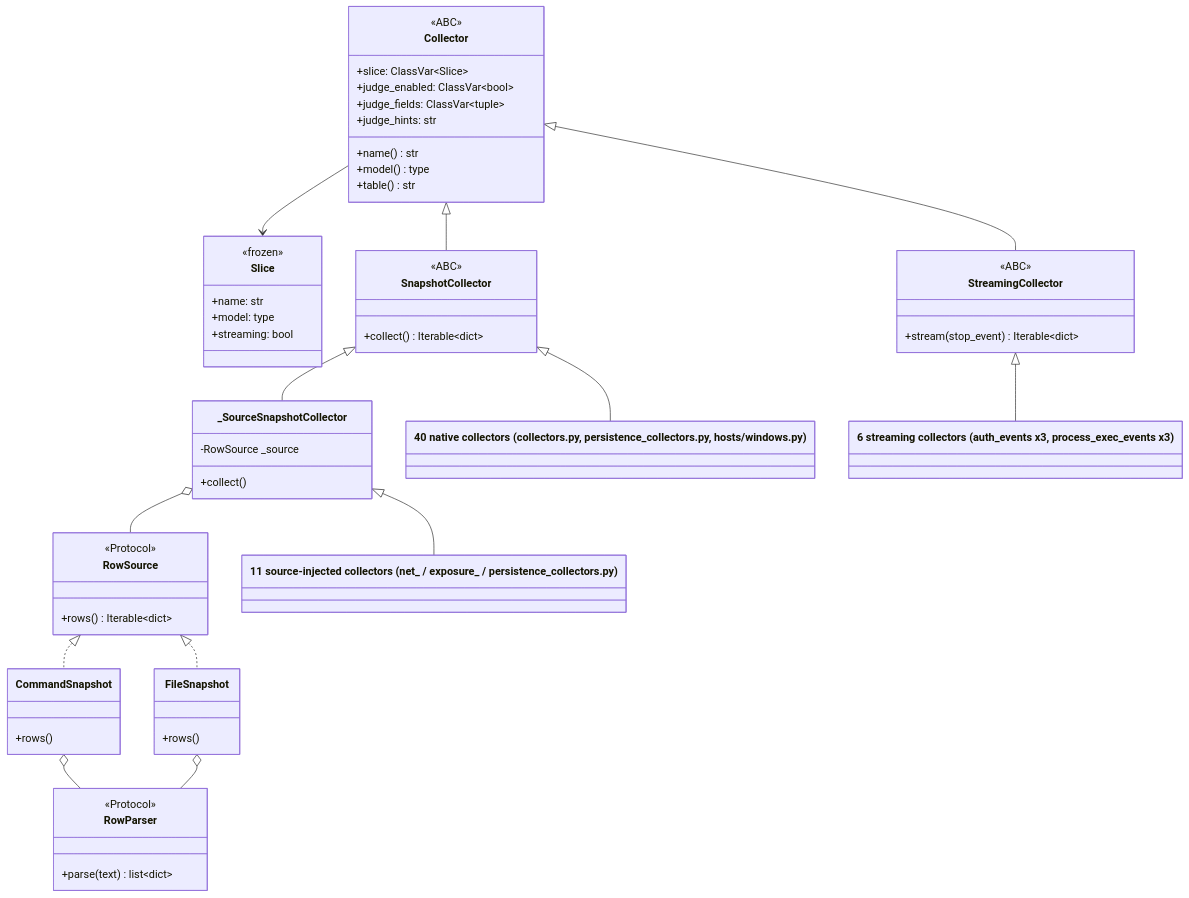
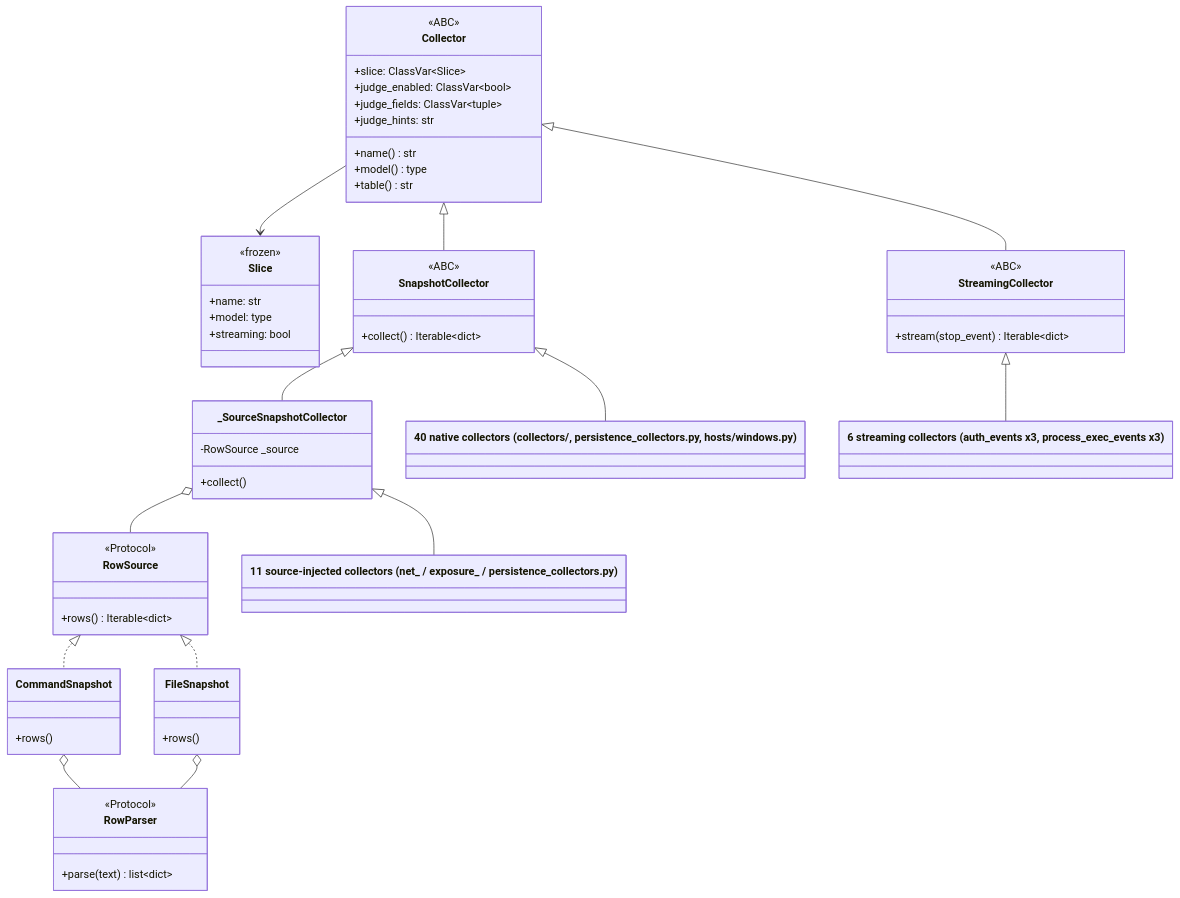
The tenth of 23 diagrams in docs/ARCHITECTURE.md (iklobato/avai), drawn with Mermaid before and after one commit. The commit also changed other lines of this file and 1 other file, not shown here.

First line of the commit message:
docs: document the collectors package and record phase 7

````diff
--- a/docs/ARCHITECTURE.md
+++ b/docs/ARCHITECTURE.md
@@ -596,61 +598,61 @@
 ```mermaid
 classDiagram
     class Collector {
         <<ABC>>
         +slice: ClassVar~Slice~
         +name() str
         +model() type
         +judge_enabled: ClassVar~bool~
         +judge_fields: ClassVar~tuple~
         +judge_hints: str
         +table() str
     }
     class Slice {
         <<frozen>>
         +name: str
         +model: type
         +streaming: bool
     }
     Collector --> Slice
     class SnapshotCollector {
         <<ABC>>
         +collect() Iterable~dict~
     }
     class StreamingCollector {
         <<ABC>>
         +stream(stop_event) Iterable~dict~
     }
     class _SourceSnapshotCollector {
         -RowSource _source
         +collect()
     }
     class RowSource {
         <<Protocol>>
         +rows() Iterable~dict~
     }
     class RowParser {
         <<Protocol>>
         +parse(text) list~dict~
     }
     class CommandSnapshot {
         +rows()
     }
     class FileSnapshot {
         +rows()
     }
     Collector <|-- SnapshotCollector
     Collector <|-- StreamingCollector
     SnapshotCollector <|-- _SourceSnapshotCollector
     _SourceSnapshotCollector o-- RowSource
     RowSource <|.. CommandSnapshot
     RowSource <|.. FileSnapshot
     CommandSnapshot o-- RowParser
     FileSnapshot o-- RowParser
 
-    class Native["40 native collectors (collectors.py, persistence_collectors.py, hosts/windows.py)"]
+    class Native["40 native collectors (collectors/, persistence_collectors.py, hosts/windows.py)"]
     class Sourced["11 source-injected collectors (net_ / exposure_ / persistence_collectors.py)"]
     class Streams["6 streaming collectors (auth_events x3, process_exec_events x3)"]
     SnapshotCollector <|-- Native
     _SourceSnapshotCollector <|-- Sourced
     StreamingCollector <|-- Streams
 ```
````
